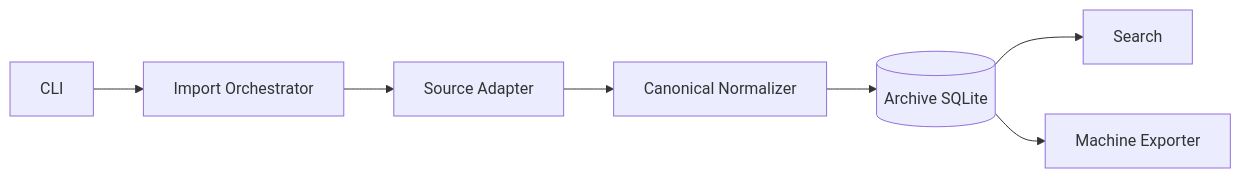
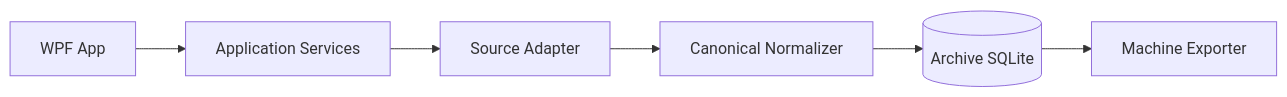
The diagram in README.md (lybym/WeArchive), drawn with Mermaid before and after one commit. The commit also changed other lines of this file and 95 other files, not shown here.

````diff
--- a/README.md
+++ b/README.md
@@ -111,17 +160,15 @@
 ```mermaid
 flowchart LR
-    CLI[CLI]
-    IMP[Import Orchestrator]
+    APP[WPF App]
+    SVC[Application Services]
     ADP[Source Adapter]
     NOR[Canonical Normalizer]
     ARC[(Archive SQLite)]
-    SEA[Search]
     EXP[Machine Exporter]
 
-    CLI --> IMP
-    IMP --> ADP
+    APP --> SVC
+    SVC --> ADP
     ADP --> NOR
     NOR --> ARC
-    ARC --> SEA
     ARC --> EXP
 ```
````
